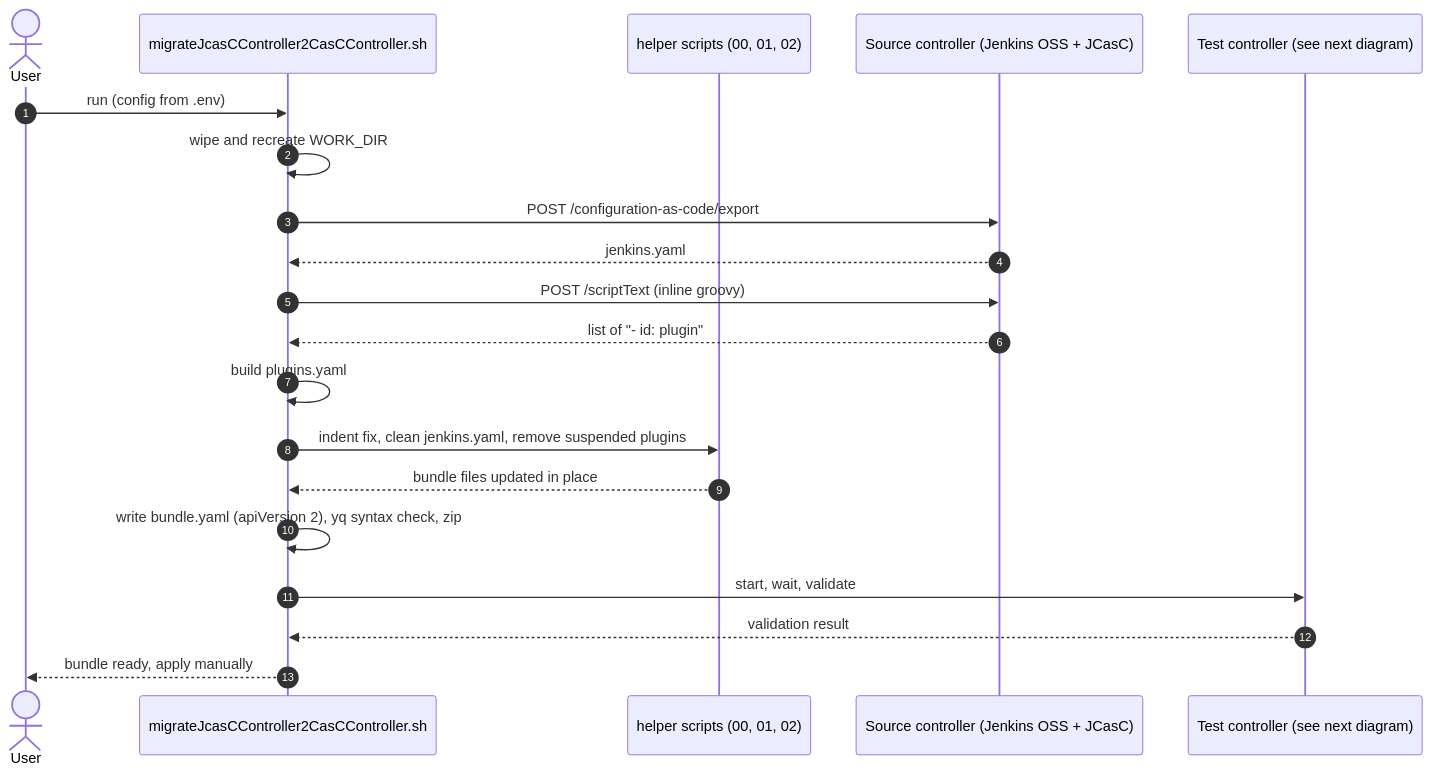
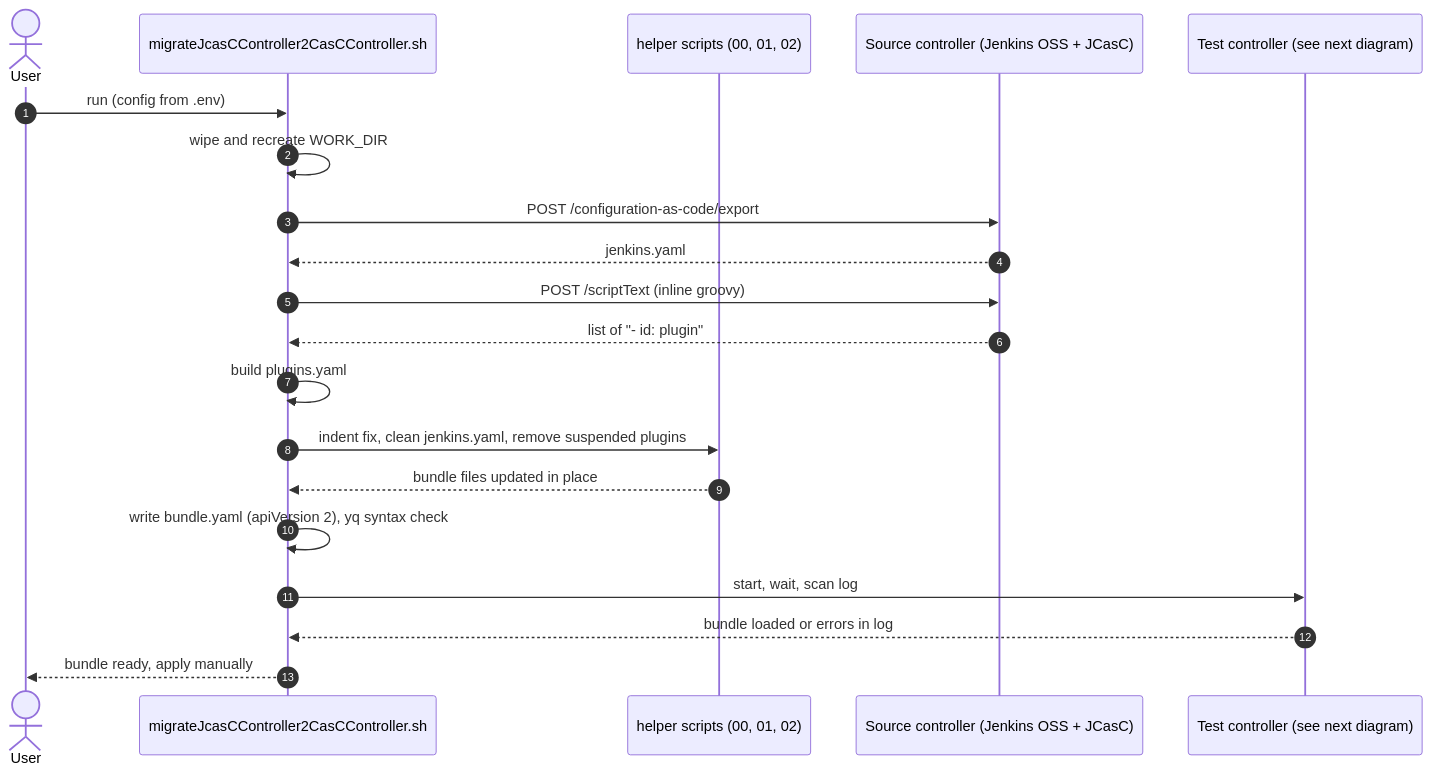
Before and after one commit to cb-ci/ci-gateway-api: the first of 3 diagrams in scripts/casc/MIGRATION_JCASC.md, drawn with Mermaid. The commit also changed other lines of this file and 2 other files, not shown here.

````diff
--- a/scripts/casc/MIGRATION_JCASC.md
+++ b/scripts/casc/MIGRATION_JCASC.md
@@ -89,23 +85,23 @@
 ```mermaid
 sequenceDiagram
     autonumber
     actor U as User
     participant M as migrateJcasCController2CasCController.sh
     participant H as helper scripts (00, 01, 02)
     participant S as Source controller (Jenkins OSS + JCasC)
     participant T as Test controller (see next diagram)
 
     U->>M: run (config from .env)
     M->>M: wipe and recreate WORK_DIR
     M->>S: POST /configuration-as-code/export
     S-->>M: jenkins.yaml
     M->>S: POST /scriptText (inline groovy)
     S-->>M: list of "- id: plugin"
     M->>M: build plugins.yaml
     M->>H: indent fix, clean jenkins.yaml, remove suspended plugins
     H-->>M: bundle files updated in place
-    M->>M: write bundle.yaml (apiVersion 2), yq syntax check, zip
-    M->>T: start, wait, validate
-    T-->>M: validation result
+    M->>M: write bundle.yaml (apiVersion 2), yq syntax check
+    M->>T: start, wait, scan log
+    T-->>M: bundle loaded or errors in log
     M-->>U: bundle ready, apply manually
 ```
````
